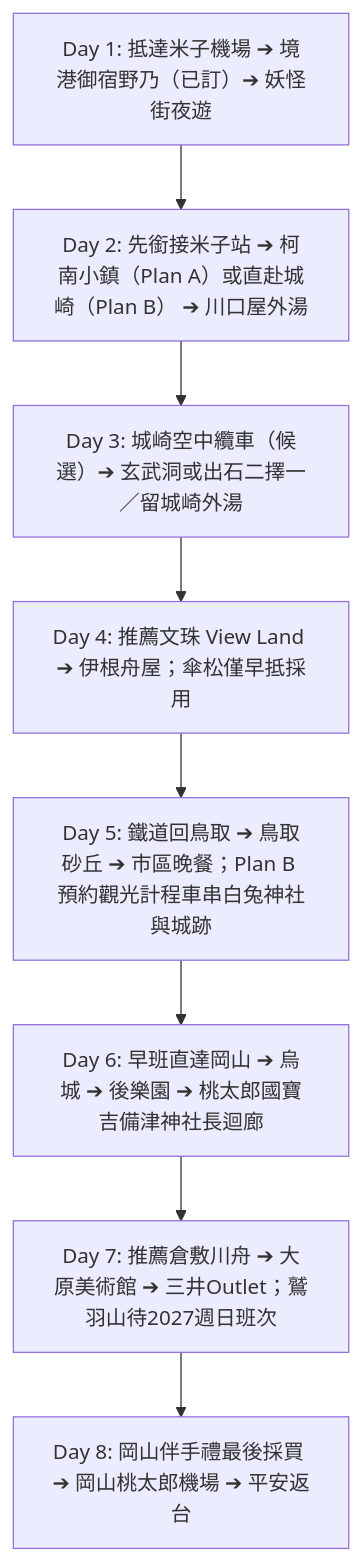
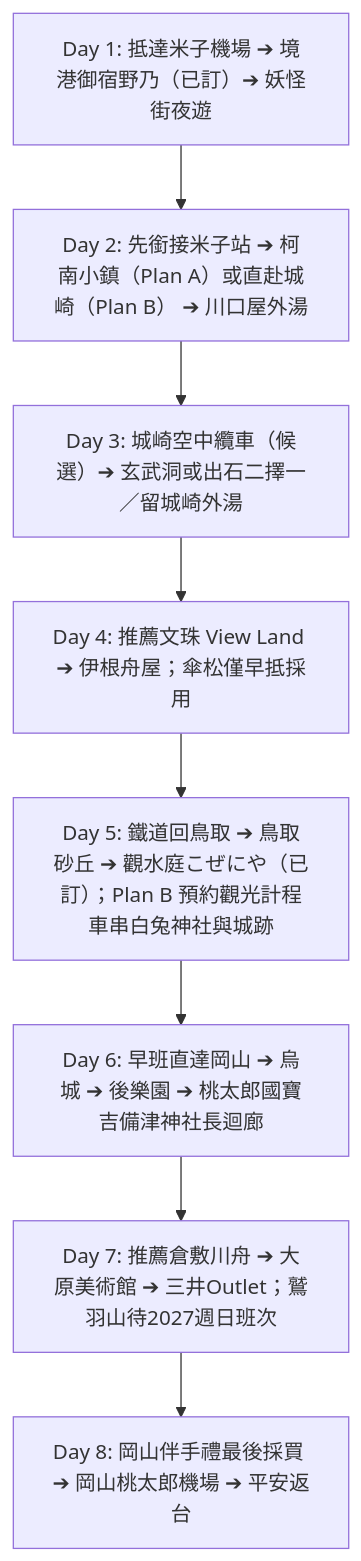
The diagram in README.md (iamkeith001/sanin-trip-2027), drawn with Mermaid before and after one commit. The commit also changed other lines of this file and 4 other files, not shown here.

````diff
--- a/README.md
+++ b/README.md
@@ -36,10 +36,10 @@
 ```mermaid
 graph TD
     Day1[Day 1: 抵達米子機場 ➔ 境港御宿野乃（已訂）➔ 妖怪街夜遊] --> Day2[Day 2: 先銜接米子站 ➔ 柯南小鎮（Plan A）或直赴城崎（Plan B） ➔ 川口屋外湯]
     Day2 --> Day3[Day 3: 城崎空中纜車（候選）➔ 玄武洞或出石二擇一／留城崎外湯]
     Day3 --> Day4[Day 4: 推薦文珠 View Land ➔ 伊根舟屋；傘松僅早抵採用]
-    Day4 --> Day5[Day 5: 鐵道回鳥取 ➔ 鳥取砂丘 ➔ 市區晚餐；Plan B 預約觀光計程車串白兔神社與城跡]
+    Day4 --> Day5[Day 5: 鐵道回鳥取 ➔ 鳥取砂丘 ➔ 觀水庭こぜにや（已訂）；Plan B 預約觀光計程車串白兔神社與城跡]
     Day5 --> Day6[Day 6: 早班直達岡山 ➔ 烏城 ➔ 後樂園 ➔ 桃太郎國寶吉備津神社長迴廊]
     Day6 --> Day7[Day 7: 推薦倉敷川舟 ➔ 大原美術館 ➔ 三井Outlet；鷲羽山待2027週日班次]
     Day7 --> Day8[Day 8: 岡山伴手禮最後採買 ➔ 岡山桃太郎機場 ➔ 平安返台]
 ```
````
